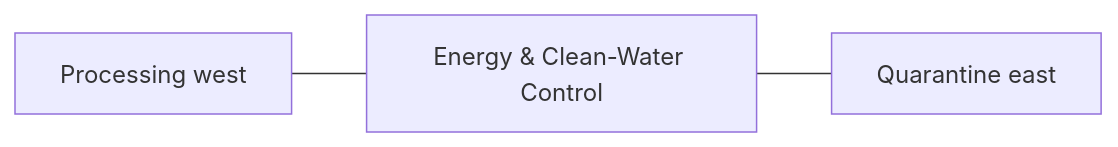
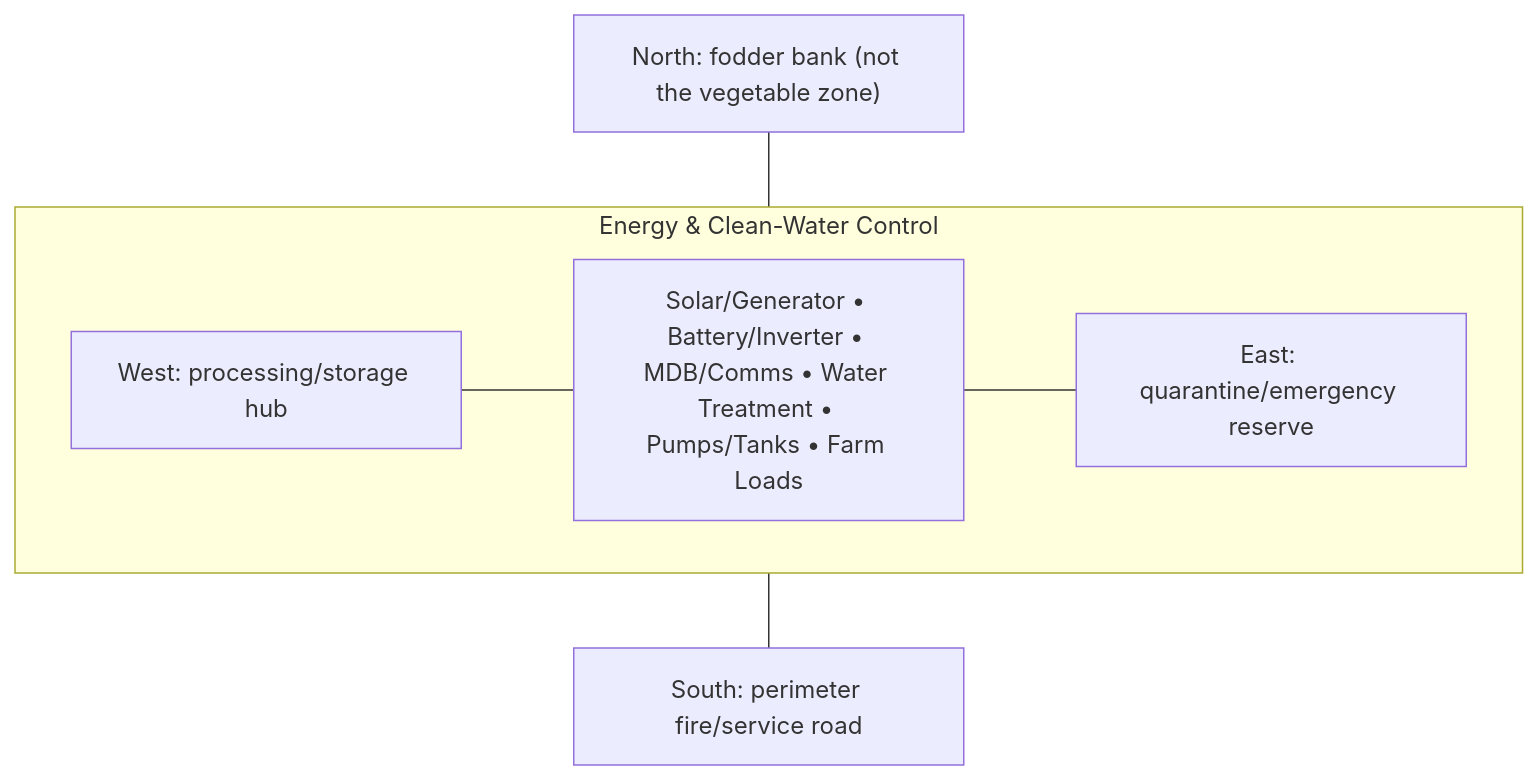
One commit to agro-firm/Self-Sufficient-Eco-Farm changed the diagram in spaces/13-energy-water-control/ARCHITECTURE.md. Above: the diagram before and after it, drawn with Mermaid. The commit also changed other lines of this file and 31 other files, not shown here.

Commit message:
Add full per-space architecture and blueprint authorities

````diff
--- a/spaces/13-energy-water-control/ARCHITECTURE.md
+++ b/spaces/13-energy-water-control/ARCHITECTURE.md
@@ -37,7 +50,14 @@
 ```mermaid
-flowchart LR
-    A["Processing west"]
-    S["Energy & Clean-Water Control"]
-    B["Quarantine east"]
-    A --- S --- B
+flowchart TB
+    N["North: fodder bank (not the vegetable zone)"]
+    subgraph ROW["Energy & Clean-Water Control"]
+      direction LR
+      W["West: processing/storage hub"]
+      C["Solar/Generator • Battery/Inverter • MDB/Comms • Water Treatment • Pumps/Tanks • Farm Loads"]
+      E["East: quarantine/emergency reserve"]
+      W --- C --- E
+    end
+    S["South: perimeter fire/service road"]
+    N --- C
+    C --- S
 ```
````
